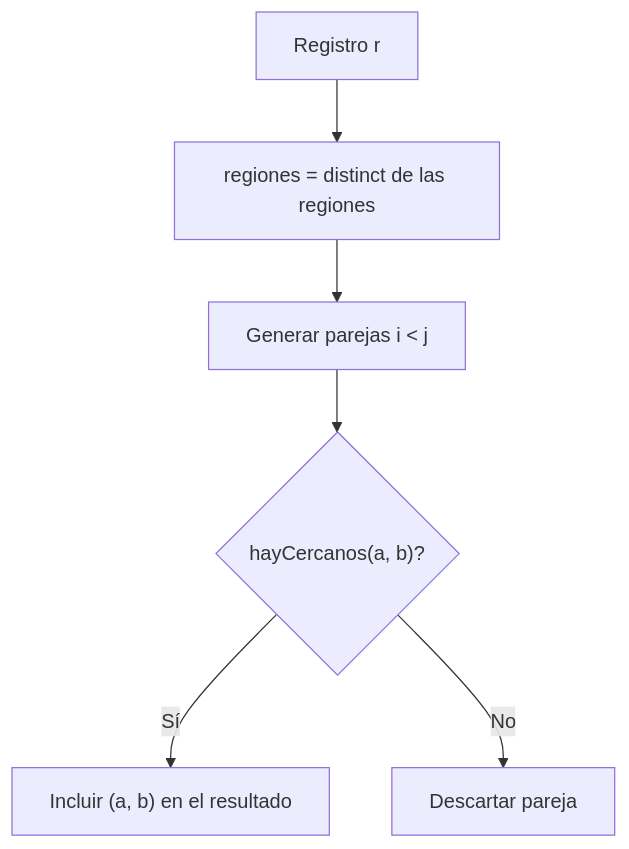
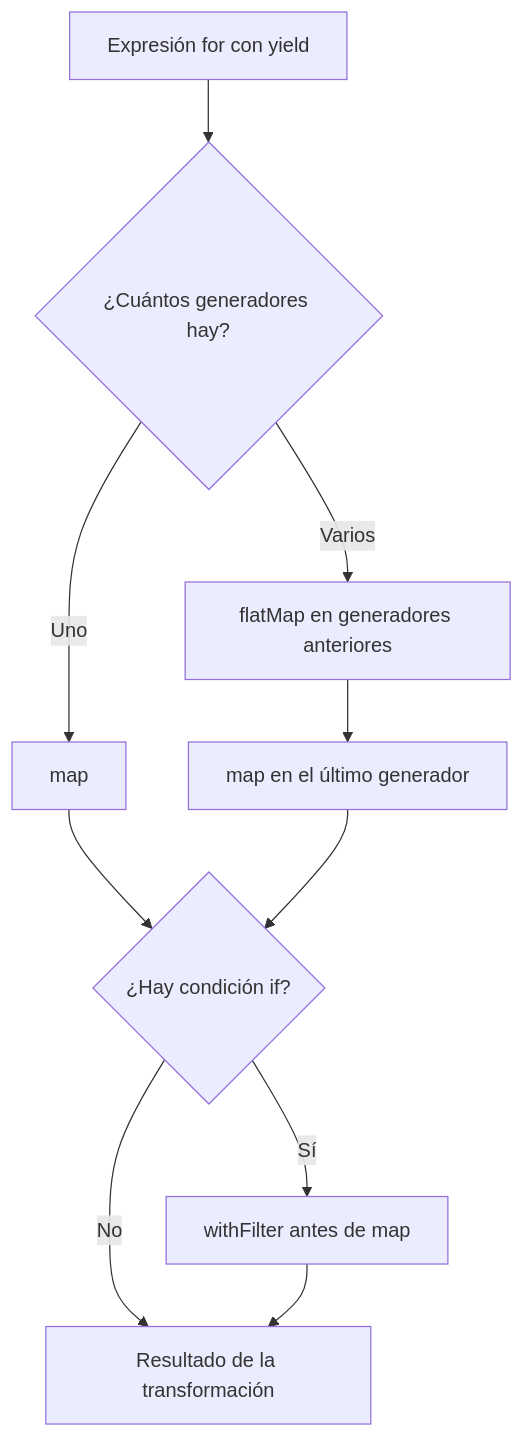
Before and after one commit to EndGame3557A/pfc-taller-3-registro-sismico: the second of 3 diagrams in docs/proceso.md, drawn with Mermaid. The commit also changed other lines of this file and 1 other file, not shown here.

````diff
--- a/docs/proceso.md
+++ b/docs/proceso.md
@@ -75,8 +1036,12 @@
 ```mermaid
 flowchart TD
-    A["Registro r"] --> B["regiones = distinct de las regiones"]
-    B --> C["Generar parejas i < j"]
-    C --> D{"hayCercanos(a, b)?"}
-    D -- "Sí" --> E["Incluir (a, b) en el resultado"]
-    D -- "No" --> F["Descartar pareja"]
+   A["Expresión for con yield"] --> B{"¿Cuántos generadores hay?"}
+   B -->|"Uno"| C["map"]
+   B -->|"Varios"| D["flatMap en generadores anteriores"]
+   D --> E["map en el último generador"]
+   C --> F{"¿Hay condición if?"}
+   E --> F
+   F -->|"Sí"| G["withFilter antes de map"]
+   F -->|"No"| H["Resultado de la transformación"]
+   G --> H
 ```
````
